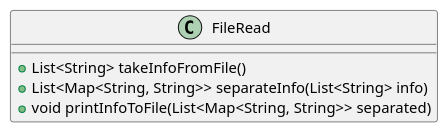
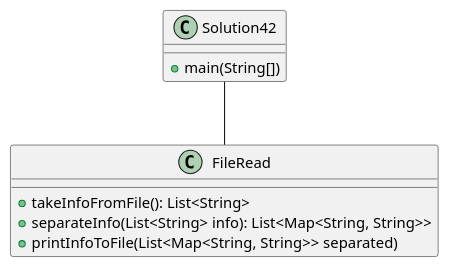
The diagram in excersice42/docs/PlantUML.puml (RicardoB1437/barrios-a04), drawn with PlantUML before and after one commit. The commit also changed 1 other file, not shown here.

```diff
--- a/excersice42/docs/PlantUML.puml
+++ b/excersice42/docs/PlantUML.puml
@@ -1,11 +1,17 @@
 @startuml
 
 class FileRead
 {
-    +List<String> takeInfoFromFile()
-    +List<Map<String, String>> separateInfo(List<String> info)
-    +void printInfoToFile(List<Map<String, String>> separated)
+    +takeInfoFromFile(): List<String>
+    +separateInfo(List<String> info): List<Map<String, String>>
+    +printInfoToFile(List<Map<String, String>> separated)
 }
 
+class Solution42
+{
+    +main(String[])
+}
+
+Solution42 -- FileRead
 
 @enduml
```
